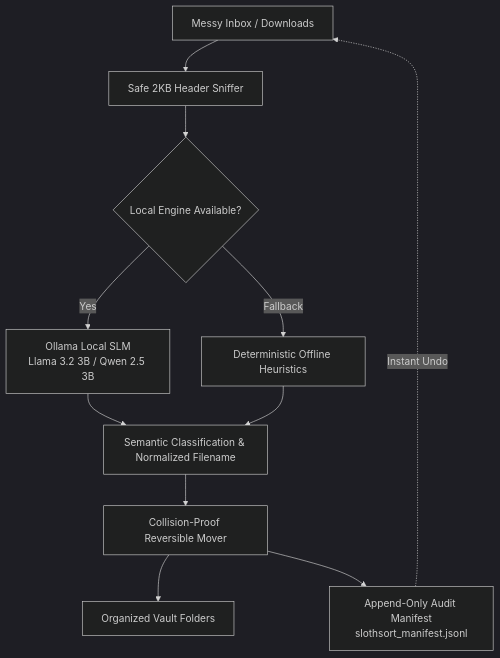
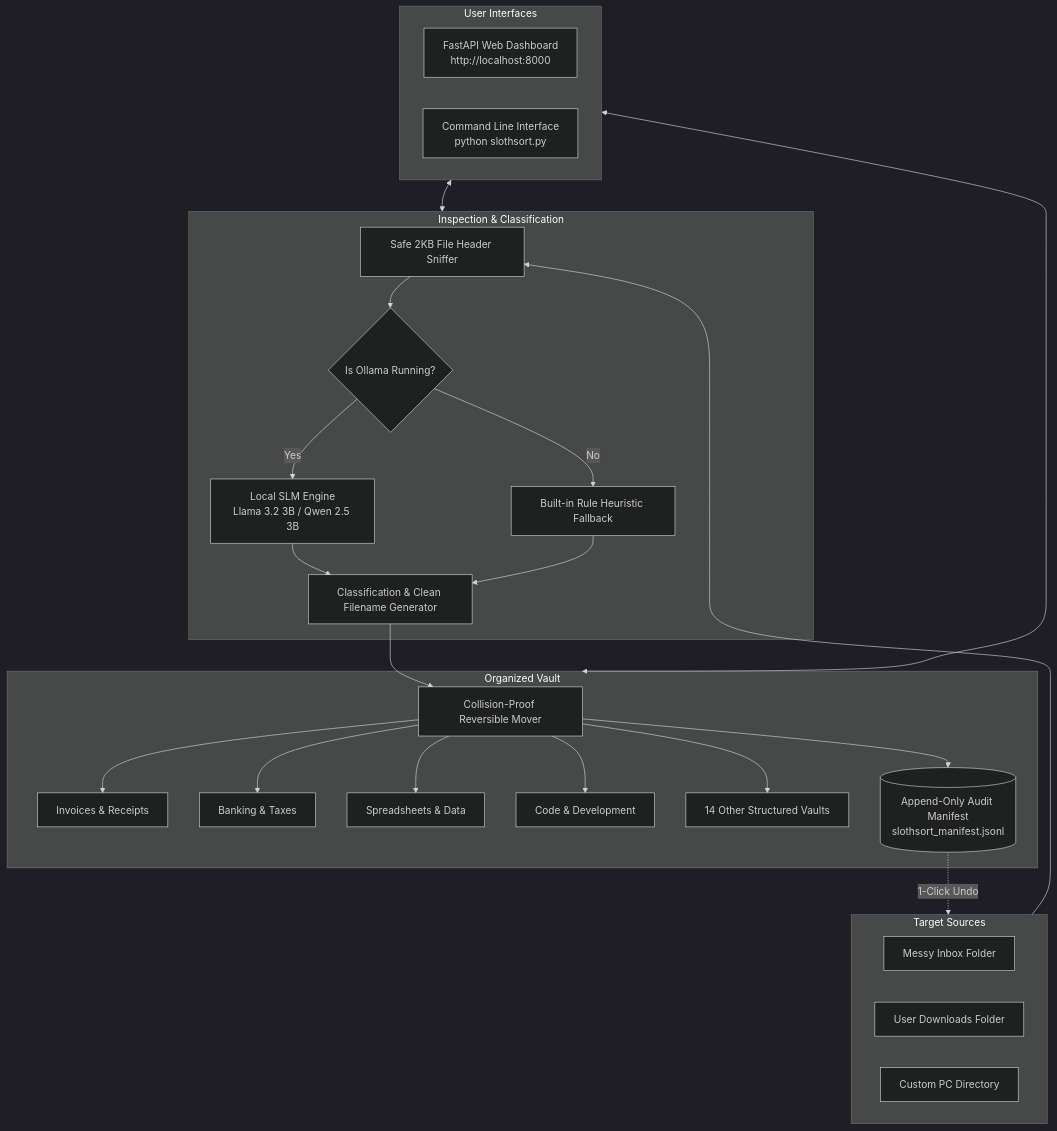
One commit to tharu200304/SlothSort changed the diagram in README.md. Above: the diagram before and after it, drawn with Mermaid (dark theme). The commit also changed other lines of this file, not shown here.

Commit message:
docs: enrich README.md with comprehensive guides, architecture diagrams, and API reference

````diff
--- a/README.md
+++ b/README.md
@@ -48,13 +143,49 @@
 ```mermaid
 flowchart TD
-    A[Messy Inbox / Downloads] --> B[Safe 2KB Header Sniffer]
-    B --> C{Local Engine Available?}
-    C -- Yes --> D[Ollama Local SLM\nLlama 3.2 3B / Qwen 2.5 3B]
-    C -- Fallback --> E[Deterministic Offline Heuristics]
-    D --> F[Semantic Classification & Normalized Filename]
+    subgraph Input_Sources [Target Sources]
+        A1[Messy Inbox Folder]
+        A2[User Downloads Folder]
+        A3[Custom PC Directory]
+    end
+
+    subgraph Inspection_Pipeline [Inspection & Classification]
+        B[Safe 2KB File Header Sniffer]
+        C{Is Ollama Running?}
+        D[Local SLM Engine\nLlama 3.2 3B / Qwen 2.5 3B]
+        E[Built-in Rule Heuristic Fallback]
+        F[Classification & Clean Filename Generator]
+    end
+
+    subgraph Vault_Storage [Organized Vault]
+        G[Collision-Proof Reversible Mover]
+        H1[Invoices & Receipts]
+        H2[Banking & Taxes]
+        H3[Spreadsheets & Data]
+        H4[Code & Development]
+        H5[14 Other Structured Vaults]
+        I[(Append-Only Audit Manifest\nslothsort_manifest.jsonl)]
+    end
+
+    subgraph User_Interfaces [User Interfaces]
+        J1[FastAPI Web Dashboard\nhttp://localhost:8000]
+        J2[Command Line Interface\npython slothsort.py]
+    end
+
+    Input_Sources --> B
+    B --> C
+    C -- Yes --> D
+    C -- No --> E
+    D --> F
     E --> F
-    F --> G[Collision-Proof Reversible Mover]
-    G --> H[Organized Vault Folders]
-    G --> I[Append-Only Audit Manifest\nslothsort_manifest.jsonl]
-    I -. Instant Undo .-> A
+    F --> G
+    G --> H1
+    G --> H2
+    G --> H3
+    G --> H4
+    G --> H5
+    G --> I
+
+    I -. 1-Click Undo .-> Input_Sources
+    User_Interfaces <--> Inspection_Pipeline
+    User_Interfaces <--> Vault_Storage
 ```
````
